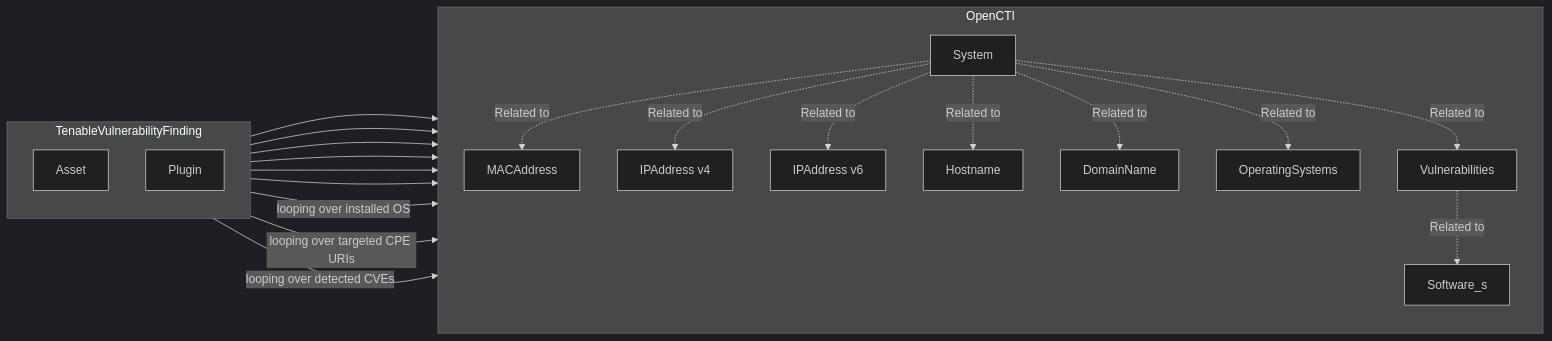
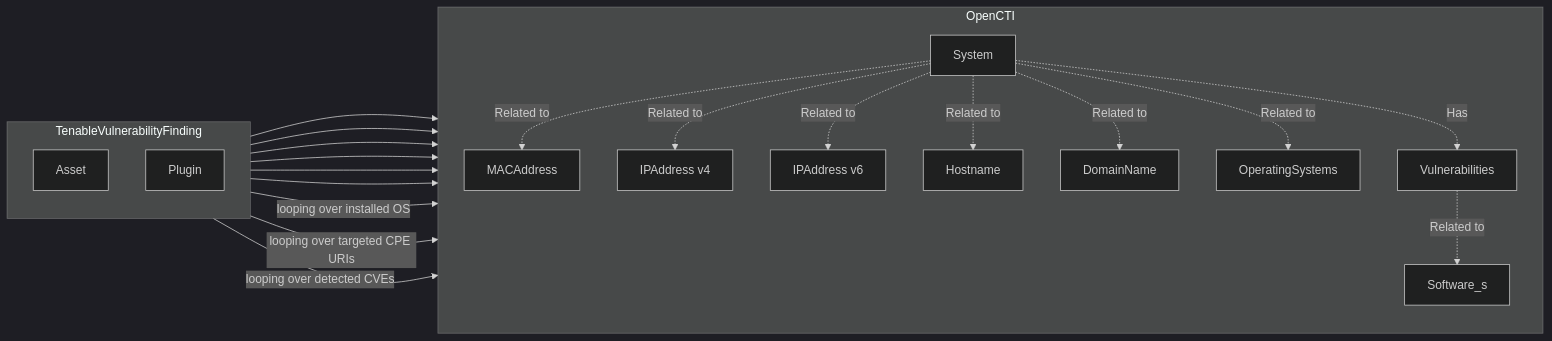
One commit to OpenCTI-Platform/connectors changed the first of 2 diagrams in external-import/tenable-vuln-management/README.md. Above: the diagram before and after it, drawn with Mermaid (dark theme). The commit also changed other lines of this file, not shown here.

````diff
--- a/external-import/tenable-vuln-management/README.md
+++ b/external-import/tenable-vuln-management/README.md
@@ -130,38 +130,38 @@
 ```mermaid
 graph LR
     subgraph TenableVulnerabilityFinding
         direction TB
         TenableAsset[Asset]
         TenablePlugin[Plugin]
     end
 
     subgraph OpenCTI
         direction TB
         OpenCTISystem[System]
         OpenCTIMACAddress[MACAddress]
         OpenCTIPv4Address[IPAddress v4]
         OpenCTIPv6Address[IPAddress v6]
         OpenCTIHostname[Hostname]
         OpenCTIDomainName[DomainName]
         OpenCTIOperatingSystem[OperatingSystems]
         OpenCTISoftware[Software_s]
         OpenCTIVulnerability[Vulnerabilities]
     end
 
     %% Asset generates System and Observables
     TenableAsset --> OpenCTISystem & OpenCTIMACAddress & OpenCTIPv4Address & OpenCTIPv6Address & OpenCTIHostname & OpenCTIDomainName
     TenableAsset-->|looping over installed OS| OpenCTIOperatingSystem
 
     %% Plugin generates Software and Vulnerability
     TenablePlugin -->|looping over targeted CPE URIs| OpenCTISoftware
     TenablePlugin -->|looping over detected CVEs| OpenCTIVulnerability
 
     %% Relationships between System and Observables
     OpenCTISystem -.-> |"Related to"| OpenCTIMACAddress & OpenCTIPv4Address & OpenCTIPv6Address & OpenCTIHostname & OpenCTIDomainName & OpenCTIOperatingSystem
 
     %% Relationships between Vulnerabilities and Software
     OpenCTIVulnerability -.-> |"Related to"| OpenCTISoftware
 
-    OpenCTISystem -.-> |"Related to"| OpenCTIVulnerability
+    OpenCTISystem -.-> |"Has"| OpenCTIVulnerability
 
 ```
````
